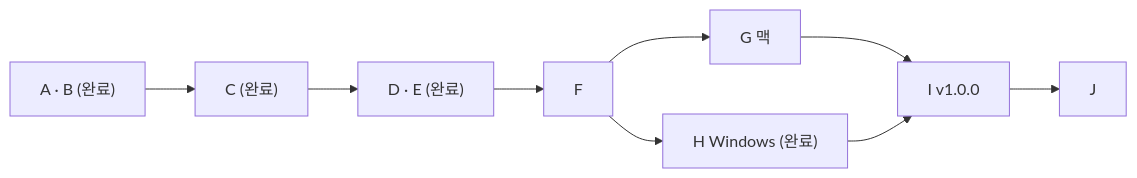
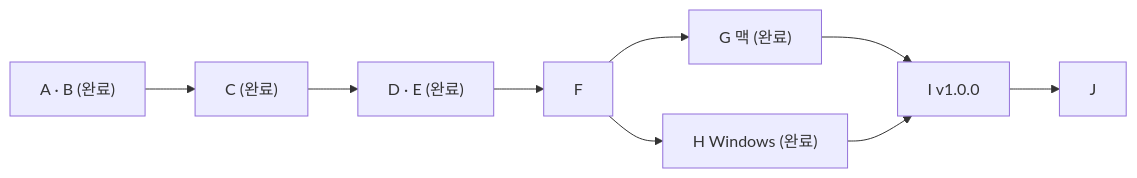
One commit to Seosiju/my-skills changed the second of 2 diagrams in docs/2026-11-23-skill-drive-v1-status-and-handoff.md. Above: the diagram before and after it, drawn with Mermaid. The commit also changed other lines of this file and 1 other file, not shown here.

````diff
--- a/docs/2026-11-23-skill-drive-v1-status-and-handoff.md
+++ b/docs/2026-11-23-skill-drive-v1-status-and-handoff.md
@@ -284,9 +285,9 @@
 ```mermaid
 flowchart LR
   AB["A · B (완료)"] --> C["C (완료)"] --> DE["D · E (완료)"] --> F["F"]
-  F --> G["G 맥"]
+  F --> G["G 맥 (완료)"]
   F --> H["H Windows (완료)"]
   G --> I["I v1.0.0"]
   H --> I
   I --> J["J"]
 ```
````
